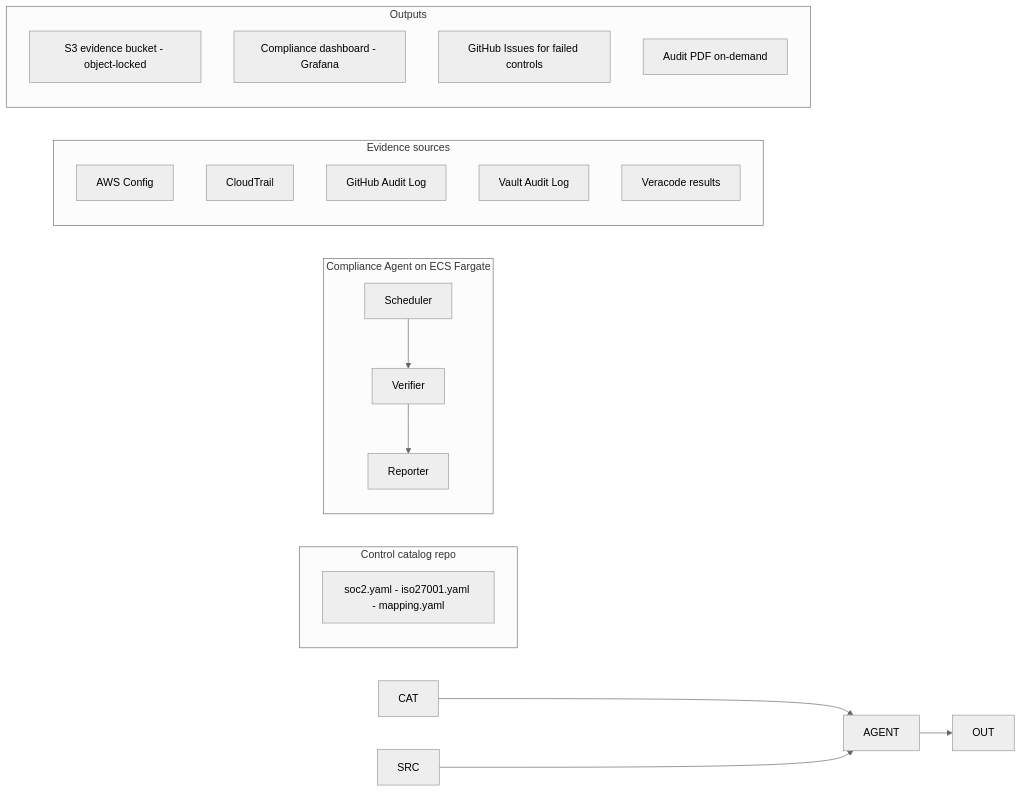
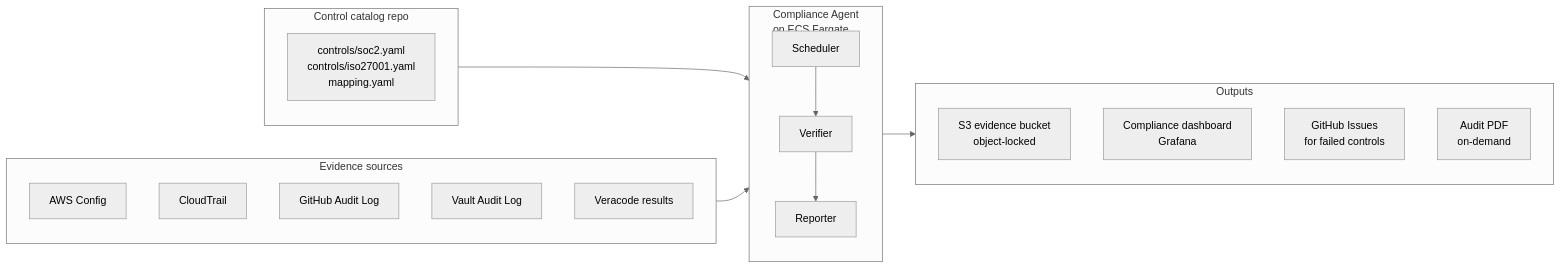
Diagram 11 of 13 in DevOps Agent Learning.md (aba-d/demogitactions), drawn with Mermaid (neutral theme) before and after one commit. The commit also changed other lines of this file, not shown here.

Commit message:
SCRUM-31 Added the new file updated with new one agent

````diff
--- a/DevOps Agent Learning.md
+++ b/DevOps Agent Learning.md
@@ -889,32 +1167,32 @@
 ```mermaid
 flowchart LR
-    subgraph Control catalog repo
-        CTL[soc2.yaml - iso27001.yaml - mapping.yaml]
+    subgraph CAT["Control catalog repo"]
+        CTL["controls/soc2.yaml<br/>controls/iso27001.yaml<br/>mapping.yaml"]
     end
 
-    subgraph Compliance Agent on ECS Fargate
+    subgraph AGENT["Compliance Agent<br/>on ECS Fargate"]
         SCH[Scheduler]
         VER[Verifier]
         REP[Reporter]
         SCH --> VER --> REP
     end
 
-    subgraph Evidence sources
+    subgraph SRC["Evidence sources"]
         ACFG[AWS Config]
         CT[CloudTrail]
         GAUD[GitHub Audit Log]
         VAUD[Vault Audit Log]
         VC2[Veracode results]
     end
 
-    subgraph Outputs
-        S3[S3 evidence bucket - object-locked]
-        DASH[Compliance dashboard - Grafana]
-        ISS[GitHub Issues for failed controls]
-        RPT[Audit PDF on-demand]
+    subgraph OUT["Outputs"]
+        S3["S3 evidence bucket<br/>object-locked"]
+        DASH["Compliance dashboard<br/>Grafana"]
+        ISS["GitHub Issues<br/>for failed controls"]
+        RPT["Audit PDF<br/>on-demand"]
     end
 
     CAT --> AGENT
     SRC --> AGENT
     AGENT --> OUT
 ```
````
